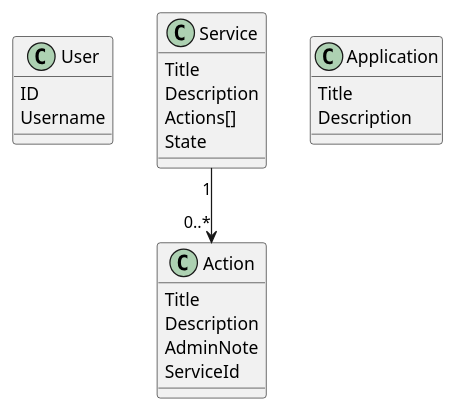
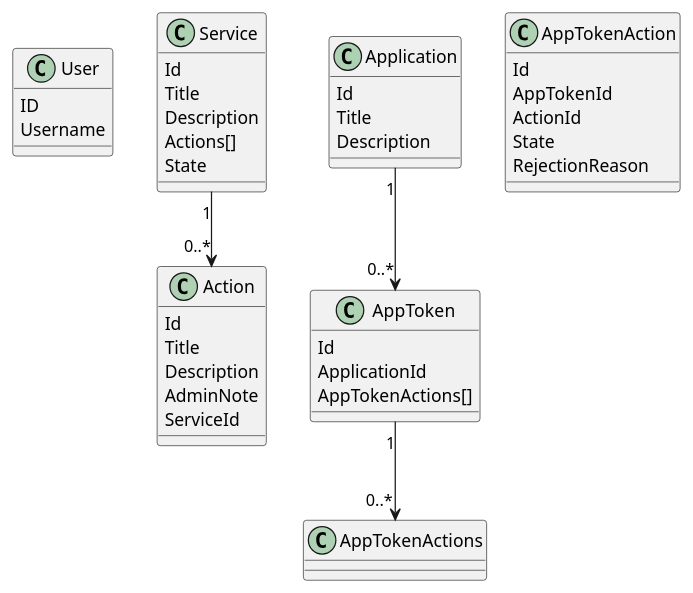
One commit to it-minds/itm_mindster-service_web changed the diagram in webService.md. Above: the diagram before and after it, drawn with PlantUML. The commit also changed 4 other files, not shown here.

Commit message:
New AppToken+Action entities with configurations. Also updated Domainmodel in webService.md

````diff
--- a/webService.md
+++ b/webService.md
@@ -4,34 +4,51 @@
 ```plantuml
+
 class User
 {
   ID
   Username
 }
 
 class Service
 {
+  Id
   Title
   Description
   Actions[]
   State
 }
 
 class Action
 {
+  Id
   Title
   Description
   AdminNote
   ServiceId
 }
 
 class Application
 {
+  Id
   Title
   Description
 }
+class AppToken
+{
+  Id
+  ApplicationId
+  AppTokenActions[]
+}
+class AppTokenAction
+{
+  Id
+  AppTokenId
+  ActionId
+  State
+  RejectionReason
+}
 
-
+Application "1"-->"0..*" AppToken
+AppToken "1"-->"0..*" AppTokenActions
 Service "1"-->"0..*" Action
-
-
 ```
````
